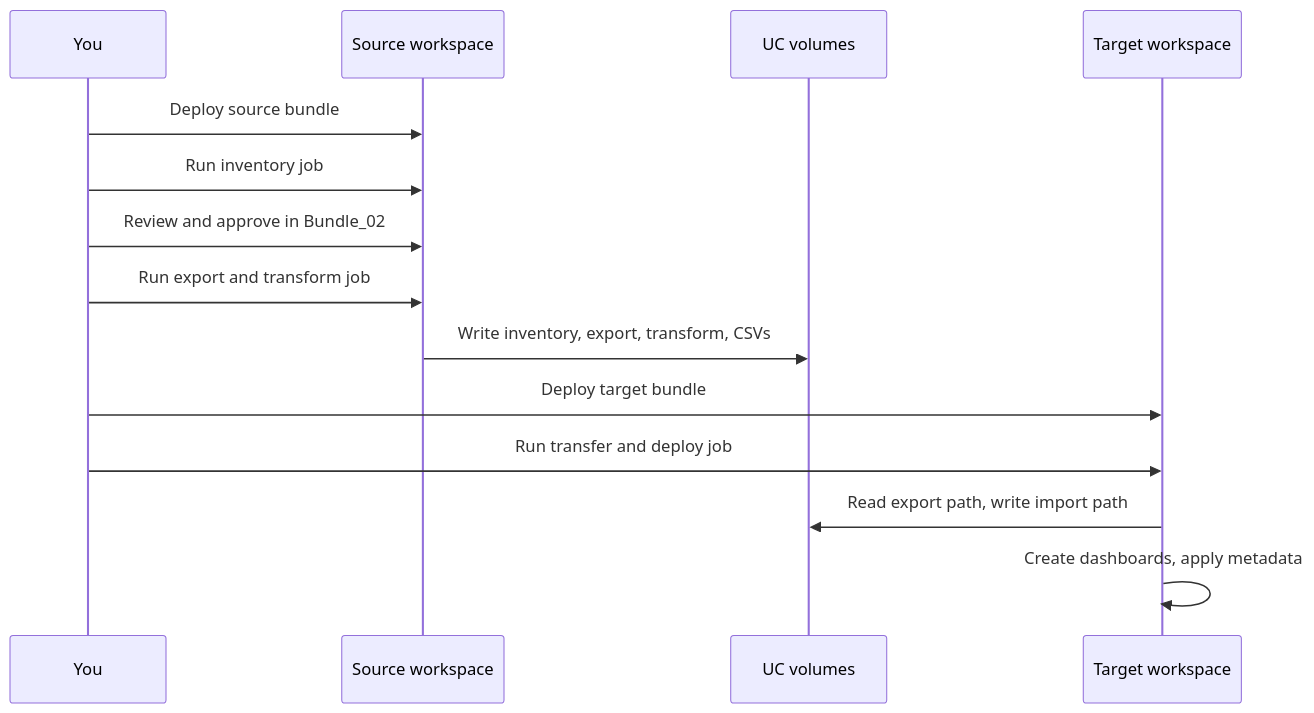
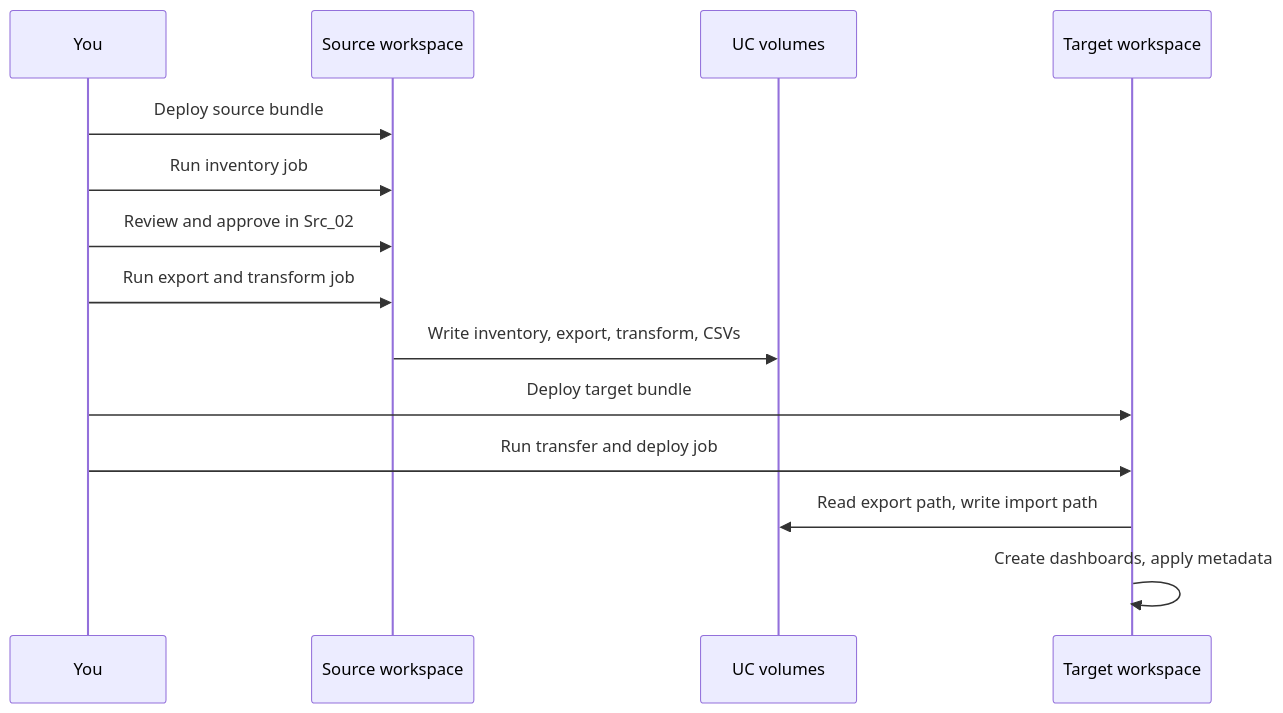
The second of 2 diagrams in README.md (archana986/databricks-dashboard-migration), drawn with Mermaid before and after one commit. The commit also changed other lines of this file and 31 other files, not shown here.

First line of the commit message:
Fix schema transform regex to handle table-qualified references

````diff
--- a/README.md
+++ b/README.md
@@ -59,16 +59,16 @@
 ```mermaid
 sequenceDiagram
   participant You
   participant Src as Source workspace
   participant Vol as UC volumes
   participant Tgt as Target workspace
   You->>Src: Deploy source bundle
   You->>Src: Run inventory job
-  You->>Src: Review and approve in Bundle_02
+  You->>Src: Review and approve in Src_02
   You->>Src: Run export and transform job
   Src->>Vol: Write inventory, export, transform, CSVs
   You->>Tgt: Deploy target bundle
   You->>Tgt: Run transfer and deploy job
   Tgt->>Vol: Read export path, write import path
   Tgt->>Tgt: Create dashboards, apply metadata
 ```
````
